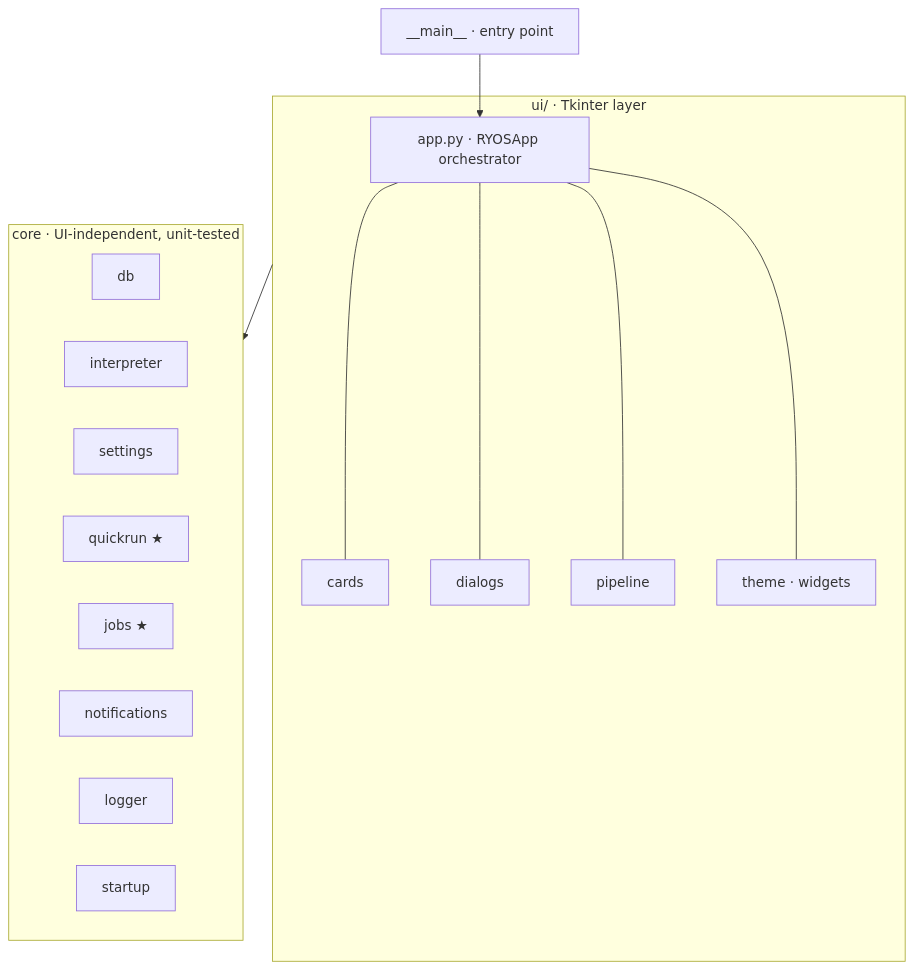
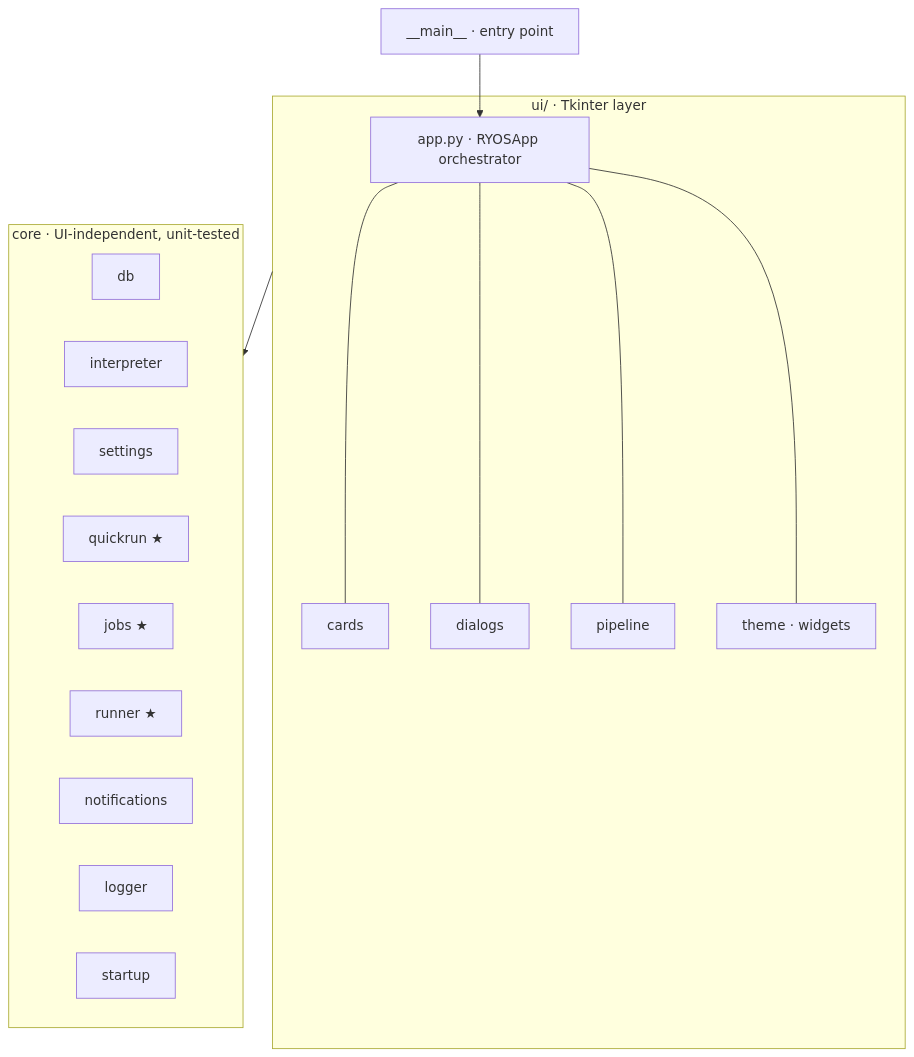
One commit to lqvu-zen/RYOS changed the diagram in docs/ARCHITECTURE.md. Above: the diagram before and after it, drawn with Mermaid. The commit also changed other lines of this file, not shown here.

````diff
--- a/docs/ARCHITECTURE.md
+++ b/docs/ARCHITECTURE.md
@@ -8,29 +8,30 @@
 ```mermaid
 flowchart TD
     main["__main__ · entry point"] --> app
 
     subgraph ui["ui/ · Tkinter layer"]
         app["app.py · RYOSApp orchestrator"]
         cards["cards"]
         dialogs["dialogs"]
         pipeline["pipeline"]
         theme["theme · widgets"]
         app --- cards
         app --- dialogs
         app --- pipeline
         app --- theme
     end
 
     subgraph core["core · UI-independent, unit-tested"]
         db["db"]
         interpreter["interpreter"]
         settings["settings"]
         quickrun["quickrun ★"]
         jobs["jobs ★"]
+        runner["runner ★"]
         notifications["notifications"]
         logger["logger"]
         startup["startup"]
     end
 
     ui --> core
 ```
````
